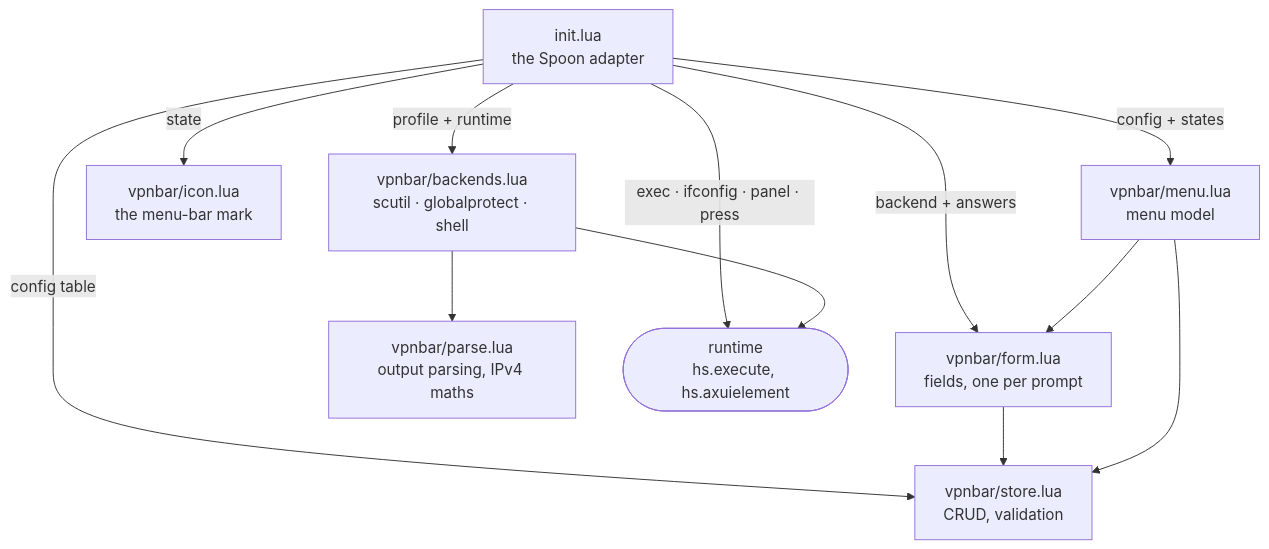
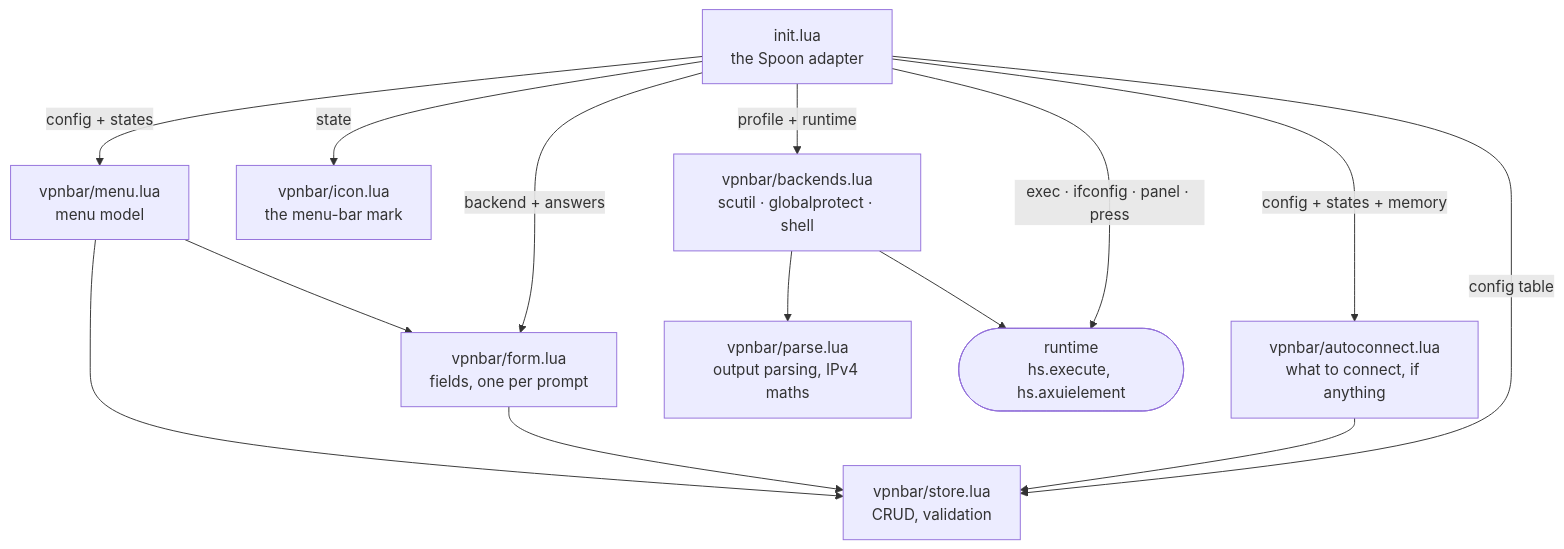
Before and after one commit to sapn95/vpnbar: the diagram in docs/architecture.md, drawn with Mermaid. The commit also changed other lines of this file and 24 other files, not shown here.

````diff
--- a/docs/architecture.md
+++ b/docs/architecture.md
@@ -5,14 +5,16 @@
 ```mermaid
 flowchart TD
     M["init.lua<br/>the Spoon adapter"] -->|"config table"| S["vpnbar/store.lua<br/>CRUD, validation"]
     M -->|"config + states"| U["vpnbar/menu.lua<br/>menu model"]
     M -->|"backend + answers"| F["vpnbar/form.lua<br/>fields, one per prompt"]
     M -->|"state"| I["vpnbar/icon.lua<br/>the menu-bar mark"]
+    M -->|"config + states + memory"| A["vpnbar/autoconnect.lua<br/>what to connect, if anything"]
+    A --> S
     F --> S
     U --> F
     M -->|"profile + runtime"| B["vpnbar/backends.lua<br/>scutil · globalprotect · shell"]
     B --> P["vpnbar/parse.lua<br/>output parsing, IPv4 maths"]
     U --> S
     M -->|"exec · ifconfig · panel · press"| R(["runtime<br/>hs.execute, hs.axuielement"])
     B --> R
 ```
````
